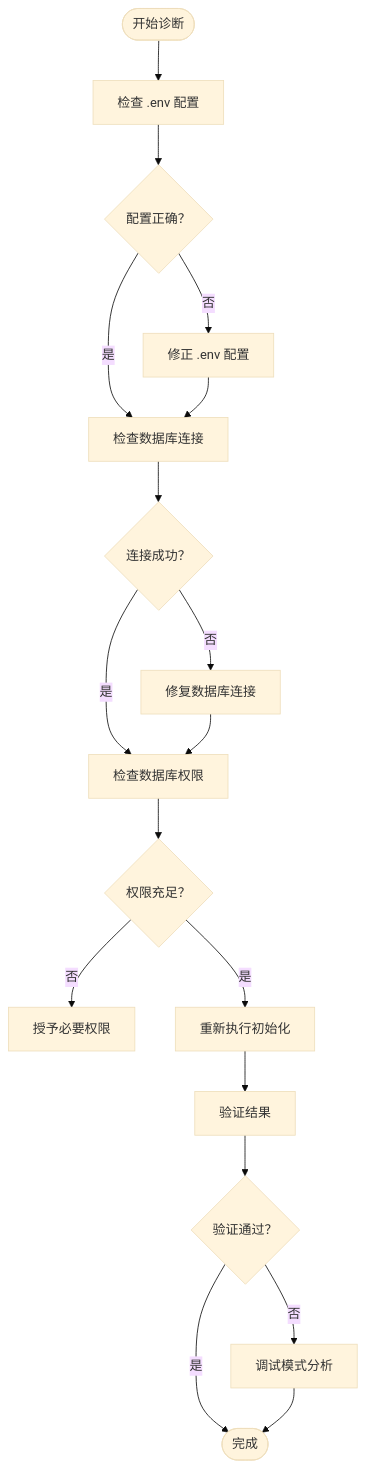
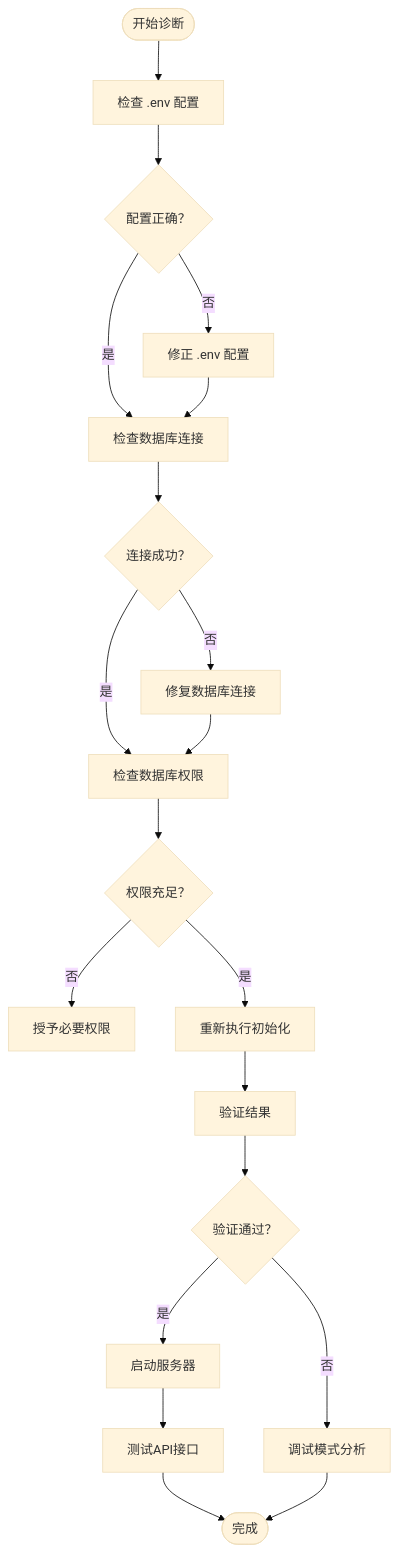
Before and after one commit to lane6008/fileTest: the fourth of 4 diagrams in .qoder/repowiki/zh/content/快速开始.md, drawn with Mermaid (base theme). The commit also changed other lines of this file and 2 other files, not shown here.

````diff
--- a/.qoder/repowiki/zh/content/快速开始.md
+++ b/.qoder/repowiki/zh/content/快速开始.md
@@ -394,20 +531,22 @@
 ```mermaid
 flowchart TD
 Start([开始诊断]) --> CheckEnv["检查 .env 配置"]
 CheckEnv --> EnvOK{"配置正确？"}
 EnvOK --> |否| FixEnv["修正 .env 配置"]
 EnvOK --> |是| CheckDB["检查数据库连接"]
 FixEnv --> CheckDB
 CheckDB --> DBOK{"连接成功？"}
 DBOK --> |否| FixDB["修复数据库连接"]
 DBOK --> |是| CheckPerm["检查数据库权限"]
 FixDB --> CheckPerm
 CheckPerm --> PermOK{"权限充足？"}
 PermOK --> |否| FixPerm["授予必要权限"]
 PermOK --> |是| RunInit["重新执行初始化"]
 RunInit --> Verify["验证结果"]
 Verify --> Success{"验证通过？"}
-Success --> |是| Complete([完成])
+Success --> |是| StartServer["启动服务器"]
 Success --> |否| Debug["调试模式分析"]
+StartServer --> APITest["测试API接口"]
+APITest --> Complete([完成])
 Debug --> Complete
 ```
````
